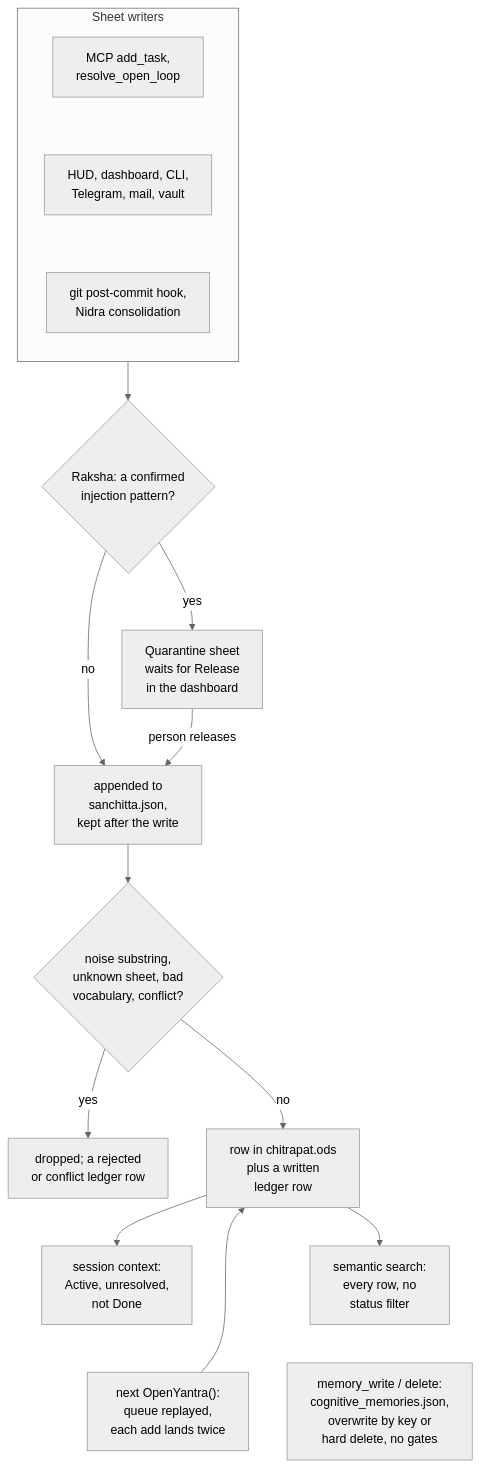
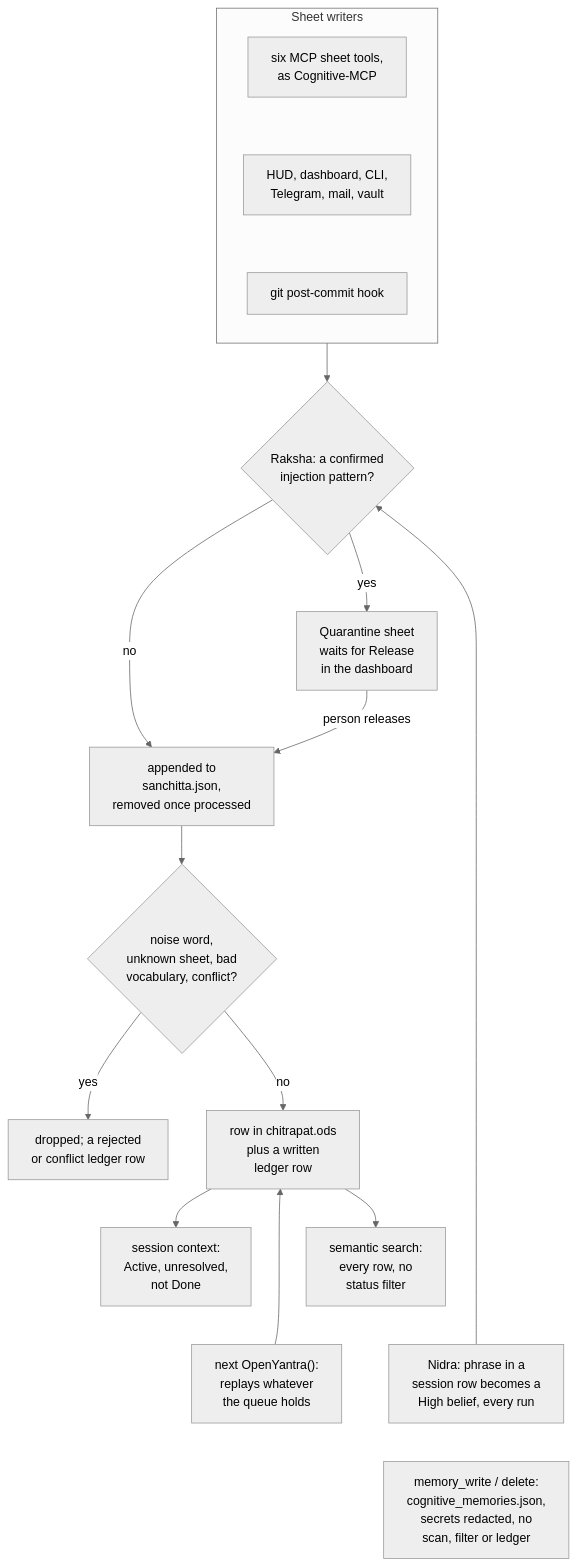
Before and after one commit to neoneye/agent-memory-atlas: the diagram in content/systems/openyantra.md, drawn with Mermaid (neutral theme). The commit also changed other lines of this file and 16 other files, not shown here.

First line of the commit message:
OpenYantra at e6a19a1: queue acknowledged, MCP tools fixed; promotion lands and repeats

````diff
--- a/content/systems/openyantra.md
+++ b/content/systems/openyantra.md
@@ -108,23 +107,25 @@
 ```mermaid
-%% caption: a sheet row is believed once it clears four gates, and the queue meant to make it crash-safe applies it again at the next start; the MCP memory tools write a second store none of the gates reach
+%% caption: a sheet row is believed once it clears four gates, and the queue replays what a crash or another process left in it; Nidra adds its promotions again on every run; the MCP memory tools write a second store that only secret redaction reaches
 flowchart TD
   subgraph writers["Sheet writers"]
     direction TB
-    W1["MCP add_task,<br/>resolve_open_loop"]
+    W1["six MCP sheet tools,<br/>as Cognitive-MCP"]
     W2["HUD, dashboard, CLI,<br/>Telegram, mail, vault"]
-    W3["git post-commit hook,<br/>Nidra consolidation"]
+    W3["git post-commit hook"]
     W1 ~~~ W2 ~~~ W3
   end
   writers --> RK{"Raksha: a confirmed<br/>injection pattern?"}
   RK -->|"yes"| Q["Quarantine sheet<br/>waits for Release<br/>in the dashboard"]
-  RK -->|"no"| SQ["appended to<br/>sanchitta.json,<br/>kept after the write"]
+  RK -->|"no"| SQ["appended to<br/>sanchitta.json,<br/>removed once processed"]
   Q -->|"person releases"| SQ
-  SQ --> GATE{"noise substring,<br/>unknown sheet, bad<br/>vocabulary, conflict?"}
+  SQ --> GATE{"noise word,<br/>unknown sheet, bad<br/>vocabulary, conflict?"}
   GATE -->|"yes"| DROP["dropped; a rejected<br/>or conflict ledger row"]
   GATE -->|"no"| ROW["row in chitrapat.ods<br/>plus a written<br/>ledger row"]
   ROW --> CTX["session context:<br/>Active, unresolved,<br/>not Done"]
   ROW --> SRCH["semantic search:<br/>every row, no<br/>status filter"]
-  CTX ~~~ RP["next OpenYantra():<br/>queue replayed,<br/>each add lands twice"]
+  CTX ~~~ RP["next OpenYantra():<br/>replays whatever<br/>the queue holds"]
   RP --> ROW
-  SRCH ~~~ COG["memory_write / delete:<br/>cognitive_memories.json,<br/>overwrite by key or<br/>hard delete, no gates"]
+  SRCH ~~~ NID["Nidra: phrase in a<br/>session row becomes a<br/>High belief, every run"]
+  NID --> RK
+  NID ~~~ COG["memory_write / delete:<br/>cognitive_memories.json,<br/>secrets redacted, no<br/>scan, filter or ledger"]
 ```
````
